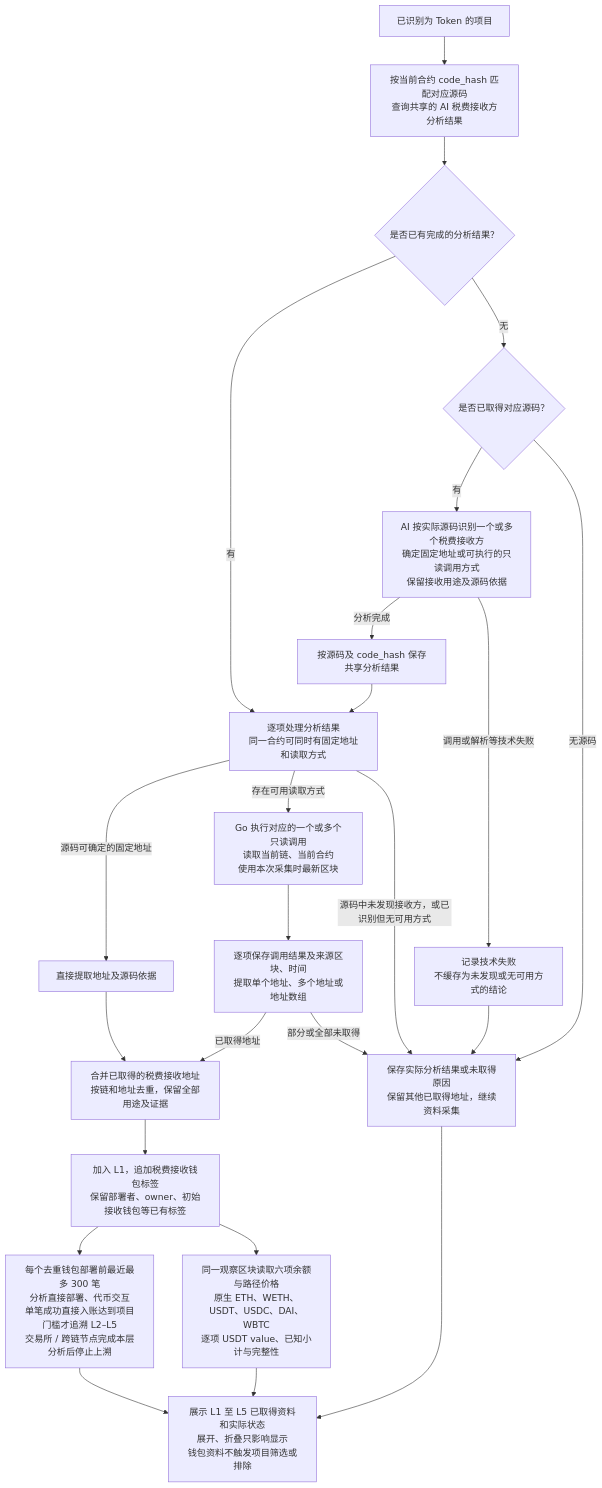
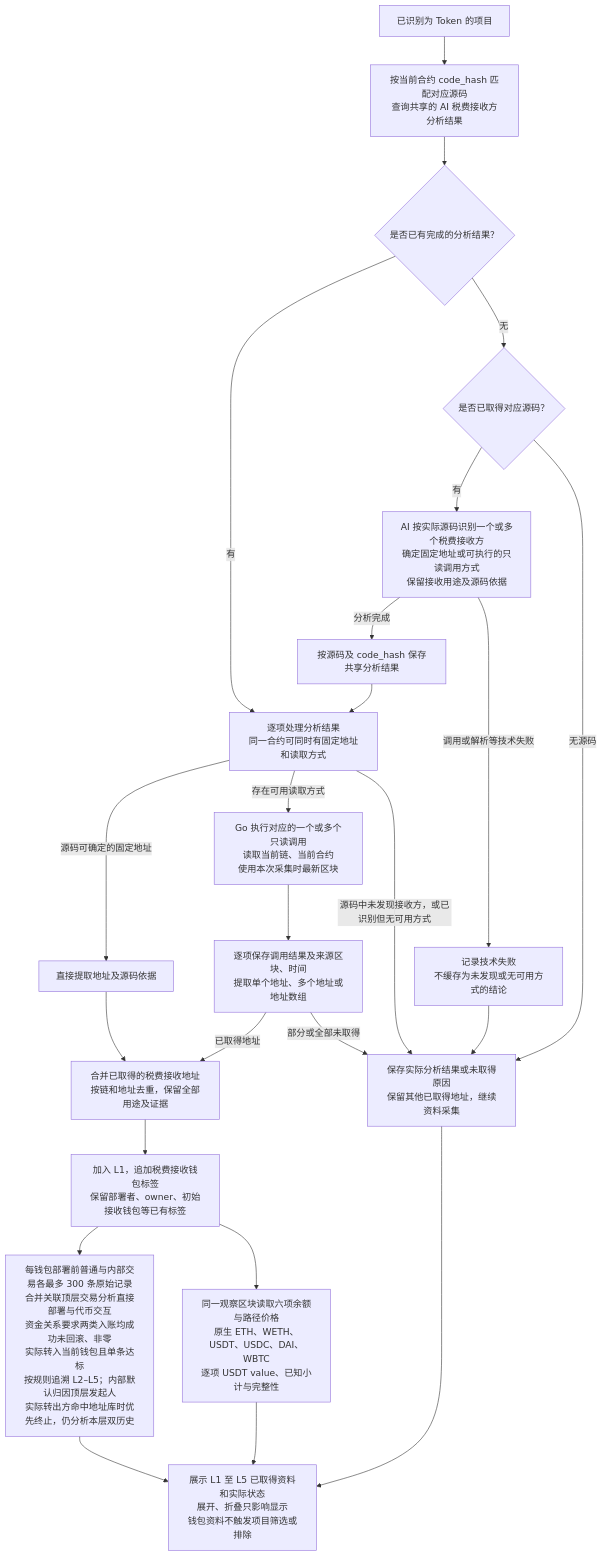
One commit to useryege/athena-o changed the diagram in docs/requirements/token/token-fee-recipient-wallet-flow.md. Above: the diagram before and after it, drawn with Mermaid. The commit also changed other lines of this file and 19 other files, not shown here.

````diff
--- a/docs/requirements/token/token-fee-recipient-wallet-flow.md
+++ b/docs/requirements/token/token-fee-recipient-wallet-flow.md
@@ -19,26 +19,26 @@
 ```mermaid
 flowchart TD
     project["已识别为 Token 的项目"] --> lookup["按当前合约 code_hash 匹配对应源码<br/>查询共享的 AI 税费接收方分析结果"]
     lookup --> cached{"是否已有完成的分析结果？"}
     cached -->|"有"| entries["逐项处理分析结果<br/>同一合约可同时有固定地址和读取方式"]
     cached -->|"无"| source{"是否已取得对应源码？"}
     source -->|"有"| analyze["AI 按实际源码识别一个或多个税费接收方<br/>确定固定地址或可执行的只读调用方式<br/>保留接收用途及源码依据"]
     analyze -->|"分析完成"| save["按源码及 code_hash 保存共享分析结果"]
     save --> entries
     entries -->|"源码可确定的固定地址"| fixed["直接提取地址及源码依据"]
     entries -->|"存在可用读取方式"| read["Go 执行对应的一个或多个只读调用<br/>读取当前链、当前合约<br/>使用本次采集时最新区块"]
     read --> readResult["逐项保存调用结果及来源区块、时间<br/>提取单个地址、多个地址或地址数组"]
     fixed --> merge["合并已取得的税费接收地址<br/>按链和地址去重，保留全部用途及证据"]
     readResult -->|"已取得地址"| merge
     entries -->|"源码中未发现接收方，或已识别但无可用方式"| unavailable["保存实际分析结果或未取得原因<br/>保留其他已取得地址，继续资料采集"]
     source -->|"无源码"| unavailable
     analyze -->|"调用或解析等技术失败"| failed["记录技术失败<br/>不缓存为未发现或无可用方式的结论"]
     failed --> unavailable
     readResult -->|"部分或全部未取得"| unavailable
     merge --> related["加入 L1，追加税费接收钱包标签<br/>保留部署者、owner、初始接收钱包等已有标签"]
-    related --> history["每个去重钱包部署前最近最多 300 笔<br/>分析直接部署、代币交互<br/>单笔成功直接入账达到项目门槛才追溯 L2–L5<br/>交易所 / 跨链节点完成本层分析后停止上溯"]
+    related --> history["每钱包部署前普通与内部交易各最多 300 条原始记录<br/>合并关联顶层交易分析直接部署与代币交互<br/>资金关系要求两类入账均成功未回滚、非零<br/>实际转入当前钱包且单条达标<br/>按规则追溯 L2–L5；内部默认归因顶层发起人<br/>实际转出方命中地址库时优先终止，仍分析本层双历史"]
     related --> assets["同一观察区块读取六项余额与路径价格<br/>原生 ETH、WETH、USDT、USDC、DAI、WBTC<br/>逐项 USDT value、已知小计与完整性"]
     history --> display["展示 L1 至 L5 已取得资料和实际状态<br/>展开、折叠只影响显示<br/>钱包资料不触发项目筛选或排除"]
     assets --> display
     unavailable --> display
 ```
````
